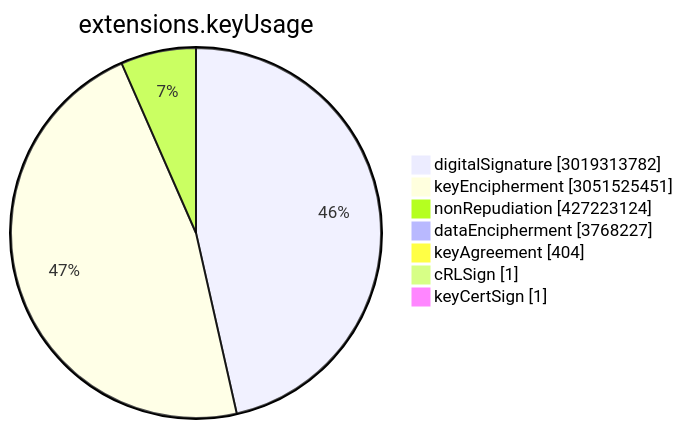
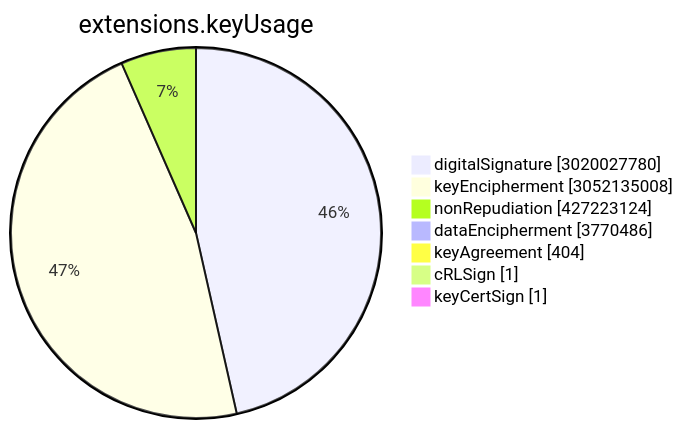
One commit to christiankrug/ctmonitor_visualization changed the sixth of 15 diagrams in TOTAL/README.md. Above: the diagram before and after it, drawn with Mermaid. The commit also changed other lines of this file, not shown here.

````diff
--- a/TOTAL/README.md
+++ b/TOTAL/README.md
@@ -3077,11 +3077,11 @@
 ```mermaid
 pie showData
 title extensions.keyUsage
-"digitalSignature" :3019313782
-"keyEncipherment" :3051525451
+"digitalSignature" :3020027780
+"keyEncipherment" :3052135008
 "nonRepudiation" :427223124
-"dataEncipherment" :3768227
+"dataEncipherment" :3770486
 "keyAgreement" :404
 "cRLSign" :1
 "keyCertSign" :1
 ```
````
